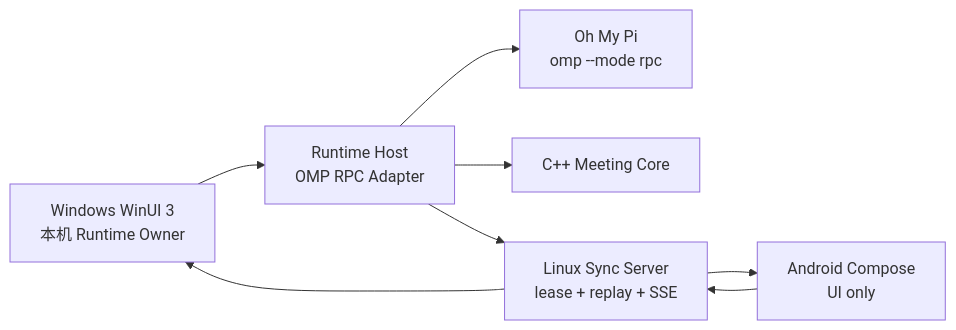
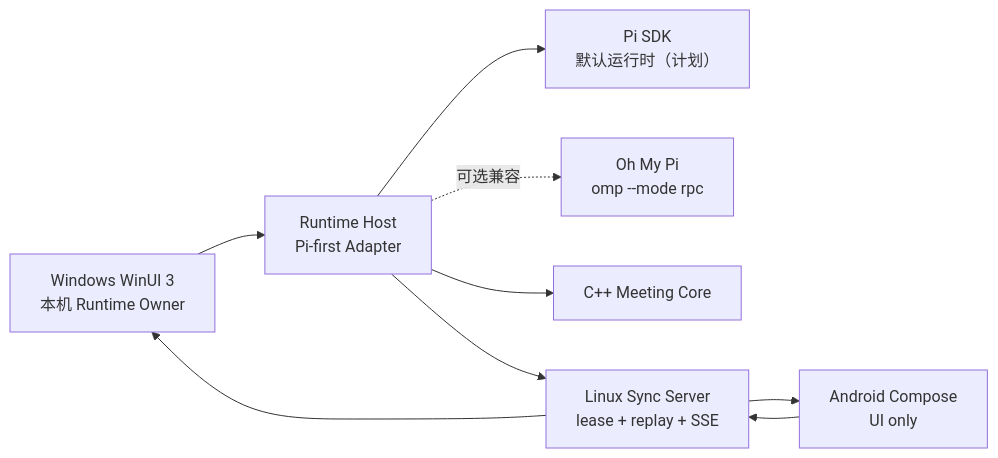
Before and after one commit to ShizkMoon/pi-roundtable: the diagram in README.md, drawn with Mermaid. The commit also changed other lines of this file and 21 other files, not shown here.

````diff
--- a/README.md
+++ b/README.md
@@ -20,10 +20,11 @@
 ```mermaid
 flowchart LR
-    W["Windows WinUI 3<br/>本机 Runtime Owner"] --> H["Runtime Host<br/>OMP RPC Adapter"]
-    H --> O["Oh My Pi<br/>omp --mode rpc"]
+    W["Windows WinUI 3<br/>本机 Runtime Owner"] --> H["Runtime Host<br/>Pi-first Adapter"]
+    H --> P["Pi SDK<br/>默认运行时（计划）"]
+    H -. "可选兼容" .-> O["Oh My Pi<br/>omp --mode rpc"]
     H --> C["C++ Meeting Core"]
     H --> S["Linux Sync Server<br/>lease + replay + SSE"]
     A["Android Compose<br/>UI only"] --> S
     S --> A
     S --> W
 ```
````
